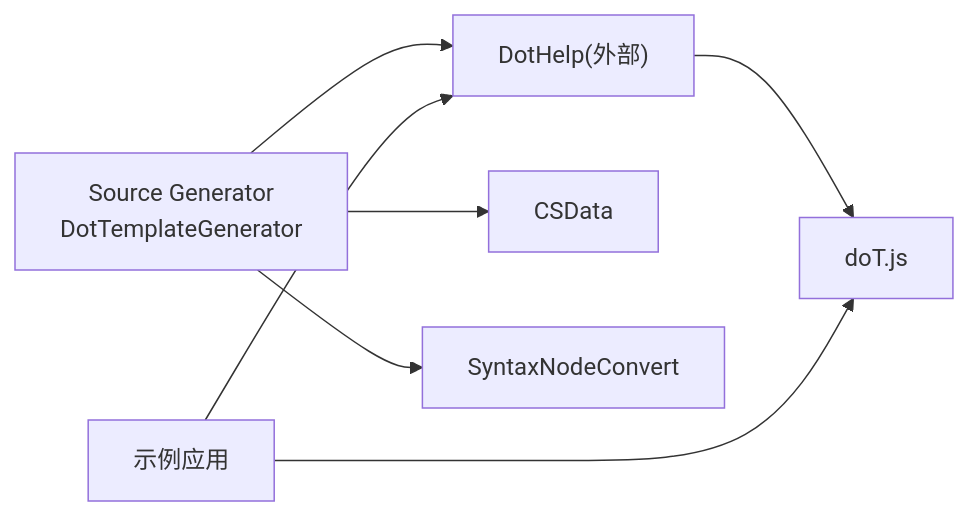
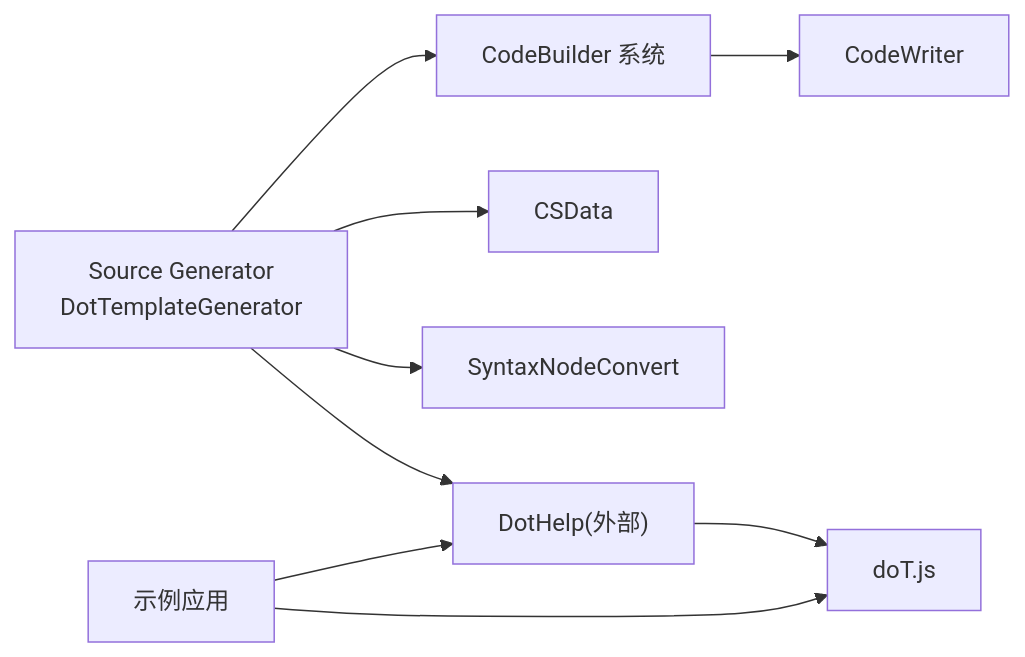
One commit to alivy/AutoCode changed diagram 11 of 11 in .qoder/repowiki/zh/content/核心概念/模板引擎机制.md. Above: the diagram before and after it, drawn with Mermaid. The commit also changed other lines of this file and 279 other files, not shown here.

````diff
--- a/.qoder/repowiki/zh/content/核心概念/模板引擎机制.md
+++ b/.qoder/repowiki/zh/content/核心概念/模板引擎机制.md
@@ -249,9 +440,11 @@
 ```mermaid
 graph LR
 SG["Source Generator<br/>DotTemplateGenerator"] --> DTH["DotHelp(外部)"]
 SG --> CS["CSData"]
 SG --> SNC["SyntaxNodeConvert"]
+SG --> CB_SYS["CodeBuilder 系统"]
 DTH --> DOT["doT.js"]
 APP["示例应用"] --> DTH
 APP --> DOT
+CB_SYS --> CW["CodeWriter"]
 ```
````
